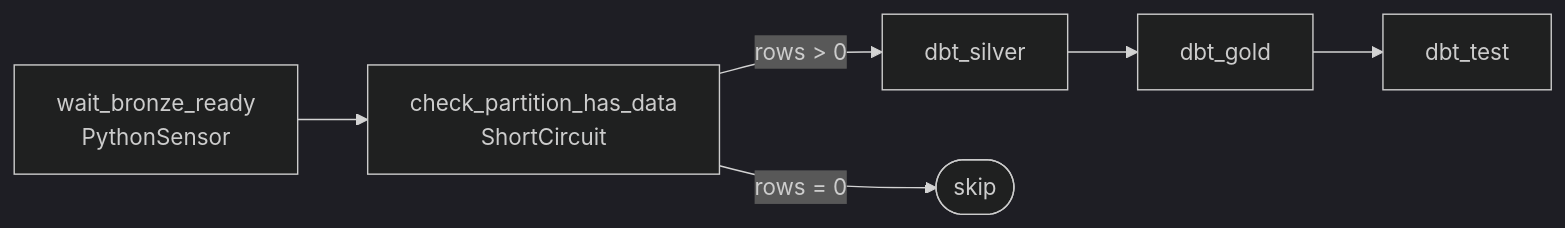
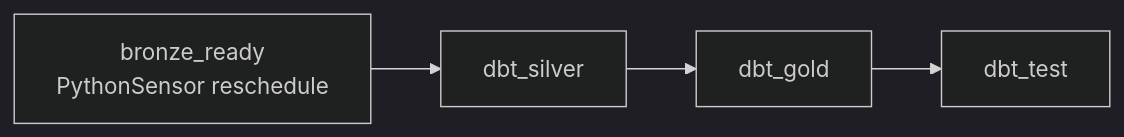
One commit to Alexey-Samodurov/newprolab-de-lab08 changed the fifth of 9 diagrams in docs/01-detailed-architecture.md. Above: the diagram before and after it, drawn with Mermaid (dark theme). The commit also changed other lines of this file and 33 other files, not shown here.

````diff
--- a/docs/01-detailed-architecture.md
+++ b/docs/01-detailed-architecture.md
@@ -150,8 +180,6 @@
 ```mermaid
 flowchart LR
-    Wait[wait_bronze_ready<br/>PythonSensor] --> Check[check_partition_has_data<br/>ShortCircuit]
-    Check -->|rows > 0| Silver[dbt_silver]
-    Check -->|rows = 0| Skip([skip])
+    Wait[bronze_ready<br/>PythonSensor reschedule] --> Silver[dbt_silver]
     Silver --> Gold[dbt_gold]
     Gold --> Test[dbt_test]
 ```
````
